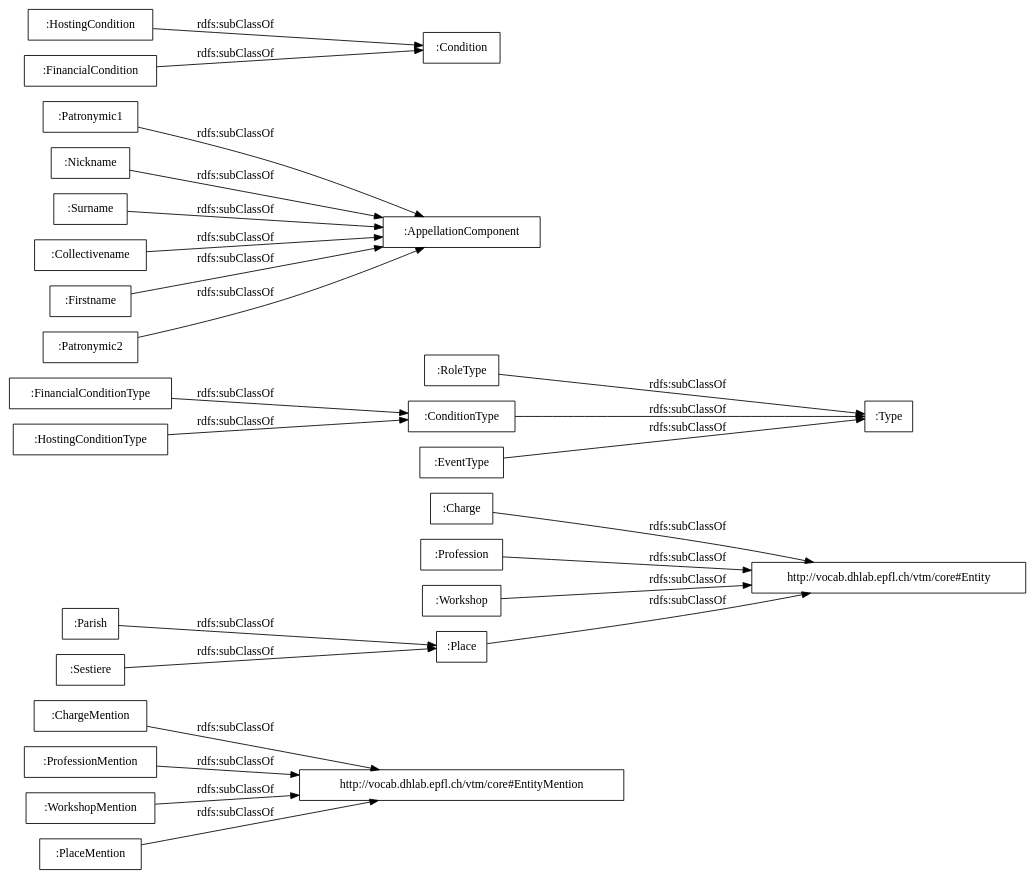
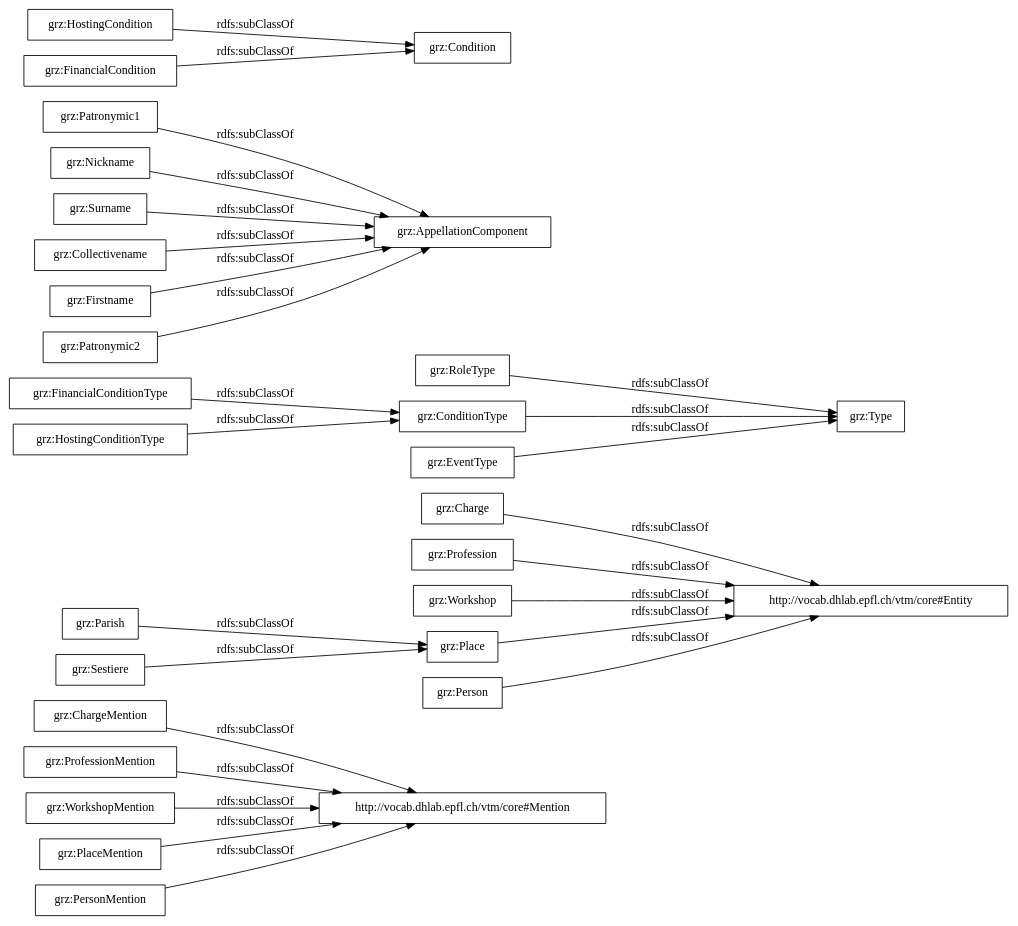
Before and after one commit to OnToologyUser/ontology-garzoni: the diagram in OnToology/ontology/garzoni.owl/diagrams/ar2dtool-taxonomy/garzoni.owl.png.dot, drawn with Graphviz. The commit also changed 16 other files, not shown here.

```diff
--- a/OnToology/ontology/garzoni.owl/diagrams/ar2dtool-taxonomy/garzoni.owl.png.dot
+++ b/OnToology/ontology/garzoni.owl/diagrams/ar2dtool-taxonomy/garzoni.owl.png.dot
@@ -1,29 +1,31 @@
 digraph ar2dtool_diagram { 
 rankdir=LR;
 size="1000"
-node [shape = rectangle, color="black"]; ":ChargeMention" ":Charge" ":RoleType" ":Profession" "http://vocab.dhlab.epfl.ch/vtm/core#EntityMention" ":Patronymic1" ":FinancialConditionType" ":ProfessionMention" ":ConditionType" ":Workshop" ":Type" ":Nickname" ":WorkshopMention" ":Surname" ":AppellationComponent" ":PlaceMention" ":Collectivename" "http://vocab.dhlab.epfl.ch/vtm/core#Entity" ":EventType" ":HostingCondition" ":Condition" ":FinancialCondition" ":Parish" ":Place" ":HostingConditionType" ":Firstname" ":Sestiere" ":Patronymic2" ; /*classes style*/
-	":FinancialConditionType" -> ":ConditionType" [ label = "rdfs:subClassOf" ];
-	":Nickname" -> ":AppellationComponent" [ label = "rdfs:subClassOf" ];
-	":Profession" -> "http://vocab.dhlab.epfl.ch/vtm/core#Entity" [ label = "rdfs:subClassOf" ];
-	":Collectivename" -> ":AppellationComponent" [ label = "rdfs:subClassOf" ];
-	":WorkshopMention" -> "http://vocab.dhlab.epfl.ch/vtm/core#EntityMention" [ label = "rdfs:subClassOf" ];
-	":HostingConditionType" -> ":ConditionType" [ label = "rdfs:subClassOf" ];
-	":FinancialCondition" -> ":Condition" [ label = "rdfs:subClassOf" ];
-	":Firstname" -> ":AppellationComponent" [ label = "rdfs:subClassOf" ];
-	":EventType" -> ":Type" [ label = "rdfs:subClassOf" ];
-	":RoleType" -> ":Type" [ label = "rdfs:subClassOf" ];
-	":Surname" -> ":AppellationComponent" [ label = "rdfs:subClassOf" ];
-	":Sestiere" -> ":Place" [ label = "rdfs:subClassOf" ];
-	":Charge" -> "http://vocab.dhlab.epfl.ch/vtm/core#Entity" [ label = "rdfs:subClassOf" ];
-	":Parish" -> ":Place" [ label = "rdfs:subClassOf" ];
-	":PlaceMention" -> "http://vocab.dhlab.epfl.ch/vtm/core#EntityMention" [ label = "rdfs:subClassOf" ];
-	":Patronymic2" -> ":AppellationComponent" [ label = "rdfs:subClassOf" ];
-	":ConditionType" -> ":Type" [ label = "rdfs:subClassOf" ];
-	":ChargeMention" -> "http://vocab.dhlab.epfl.ch/vtm/core#EntityMention" [ label = "rdfs:subClassOf" ];
-	":Place" -> "http://vocab.dhlab.epfl.ch/vtm/core#Entity" [ label = "rdfs:subClassOf" ];
-	":Patronymic1" -> ":AppellationComponent" [ label = "rdfs:subClassOf" ];
-	":HostingCondition" -> ":Condition" [ label = "rdfs:subClassOf" ];
-	":ProfessionMention" -> "http://vocab.dhlab.epfl.ch/vtm/core#EntityMention" [ label = "rdfs:subClassOf" ];
-	":Workshop" -> "http://vocab.dhlab.epfl.ch/vtm/core#Entity" [ label = "rdfs:subClassOf" ];
+node [shape = rectangle, color="black"]; "grz:ChargeMention" "grz:Charge" "grz:RoleType" "grz:Profession" "grz:Patronymic1" "grz:FinancialConditionType" "grz:ProfessionMention" "grz:ConditionType" "grz:Workshop" "grz:Type" "grz:Nickname" "http://vocab.dhlab.epfl.ch/vtm/core#Mention" "grz:WorkshopMention" "grz:Surname" "grz:AppellationComponent" "grz:PlaceMention" "grz:Collectivename" "http://vocab.dhlab.epfl.ch/vtm/core#Entity" "grz:EventType" "grz:HostingCondition" "grz:PersonMention" "grz:Condition" "grz:FinancialCondition" "grz:Parish" "grz:Place" "grz:HostingConditionType" "grz:Firstname" "grz:Person" "grz:Sestiere" "grz:Patronymic2" ; /*classes style*/
+	"grz:FinancialConditionType" -> "grz:ConditionType" [ label = "rdfs:subClassOf" ];
+	"grz:Nickname" -> "grz:AppellationComponent" [ label = "rdfs:subClassOf" ];
+	"grz:Person" -> "http://vocab.dhlab.epfl.ch/vtm/core#Entity" [ label = "rdfs:subClassOf" ];
+	"grz:Profession" -> "http://vocab.dhlab.epfl.ch/vtm/core#Entity" [ label = "rdfs:subClassOf" ];
+	"grz:Collectivename" -> "grz:AppellationComponent" [ label = "rdfs:subClassOf" ];
+	"grz:WorkshopMention" -> "http://vocab.dhlab.epfl.ch/vtm/core#Mention" [ label = "rdfs:subClassOf" ];
+	"grz:FinancialCondition" -> "grz:Condition" [ label = "rdfs:subClassOf" ];
+	"grz:HostingConditionType" -> "grz:ConditionType" [ label = "rdfs:subClassOf" ];
+	"grz:Firstname" -> "grz:AppellationComponent" [ label = "rdfs:subClassOf" ];
+	"grz:EventType" -> "grz:Type" [ label = "rdfs:subClassOf" ];
+	"grz:RoleType" -> "grz:Type" [ label = "rdfs:subClassOf" ];
+	"grz:Surname" -> "grz:AppellationComponent" [ label = "rdfs:subClassOf" ];
+	"grz:Sestiere" -> "grz:Place" [ label = "rdfs:subClassOf" ];
+	"grz:Charge" -> "http://vocab.dhlab.epfl.ch/vtm/core#Entity" [ label = "rdfs:subClassOf" ];
+	"grz:Parish" -> "grz:Place" [ label = "rdfs:subClassOf" ];
+	"grz:PlaceMention" -> "http://vocab.dhlab.epfl.ch/vtm/core#Mention" [ label = "rdfs:subClassOf" ];
+	"grz:PersonMention" -> "http://vocab.dhlab.epfl.ch/vtm/core#Mention" [ label = "rdfs:subClassOf" ];
+	"grz:Patronymic2" -> "grz:AppellationComponent" [ label = "rdfs:subClassOf" ];
+	"grz:ConditionType" -> "grz:Type" [ label = "rdfs:subClassOf" ];
+	"grz:ChargeMention" -> "http://vocab.dhlab.epfl.ch/vtm/core#Mention" [ label = "rdfs:subClassOf" ];
+	"grz:Place" -> "http://vocab.dhlab.epfl.ch/vtm/core#Entity" [ label = "rdfs:subClassOf" ];
+	"grz:Patronymic1" -> "grz:AppellationComponent" [ label = "rdfs:subClassOf" ];
+	"grz:HostingCondition" -> "grz:Condition" [ label = "rdfs:subClassOf" ];
+	"grz:ProfessionMention" -> "http://vocab.dhlab.epfl.ch/vtm/core#Mention" [ label = "rdfs:subClassOf" ];
+	"grz:Workshop" -> "http://vocab.dhlab.epfl.ch/vtm/core#Entity" [ label = "rdfs:subClassOf" ];
 
 }
```
